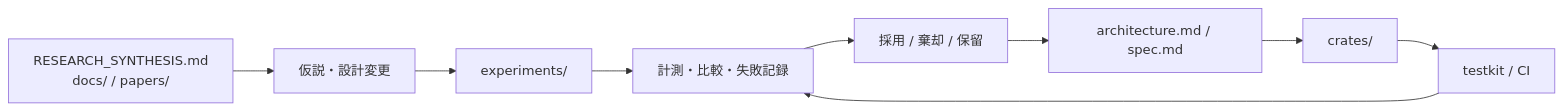
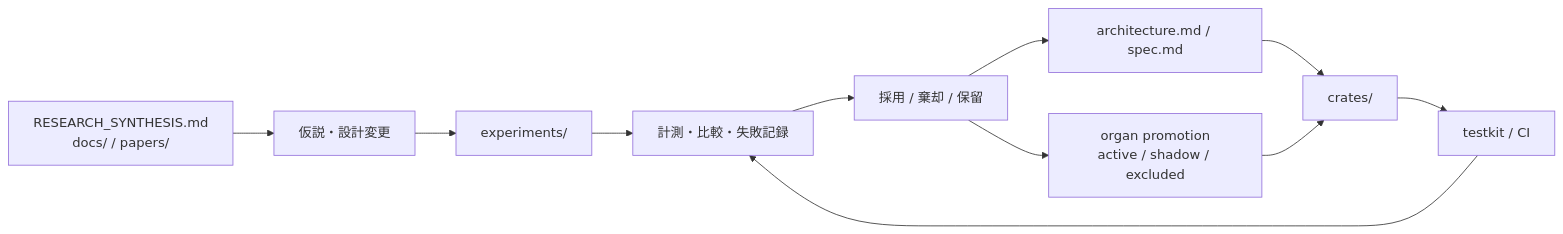
Before and after one commit to eightman999/kamimusuhi: the third of 3 diagrams in structure.md, drawn with Mermaid. The commit also changed other lines of this file, not shown here.

````diff
--- a/structure.md
+++ b/structure.md
@@ -80,11 +88,13 @@
 ```mermaid
 flowchart LR
     SURVEY["RESEARCH_SYNTHESIS.md\ndocs/ / papers/"] --> HYP["仮説・設計変更"]
     HYP --> EXP["experiments/"]
     EXP --> EVIDENCE["計測・比較・失敗記録"]
     EVIDENCE --> DECIDE["採用 / 棄却 / 保留"]
     DECIDE --> ARCH["architecture.md / spec.md"]
+    DECIDE --> PROMOTE["organ promotion\nactive / shadow / excluded"]
     ARCH --> IMPL["crates/"]
+    PROMOTE --> IMPL
     IMPL --> TEST["testkit / CI"]
     TEST --> EVIDENCE
 ```
````
